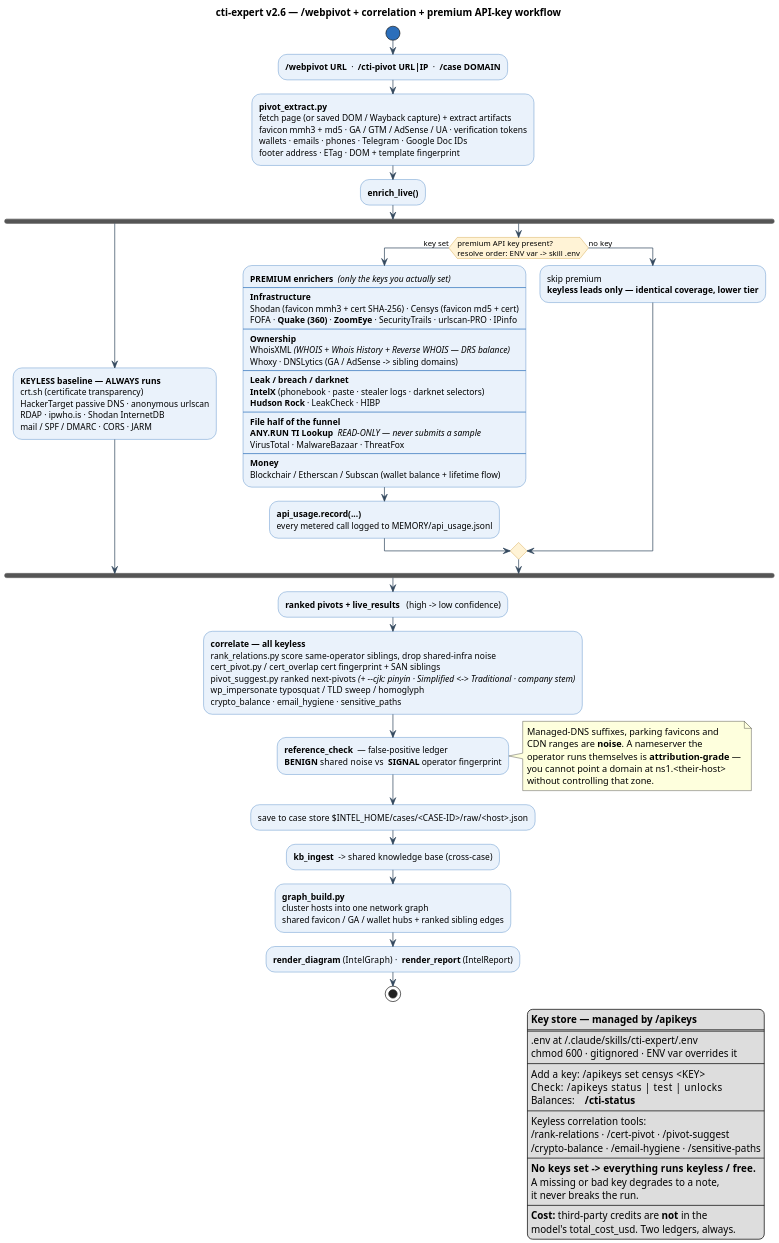
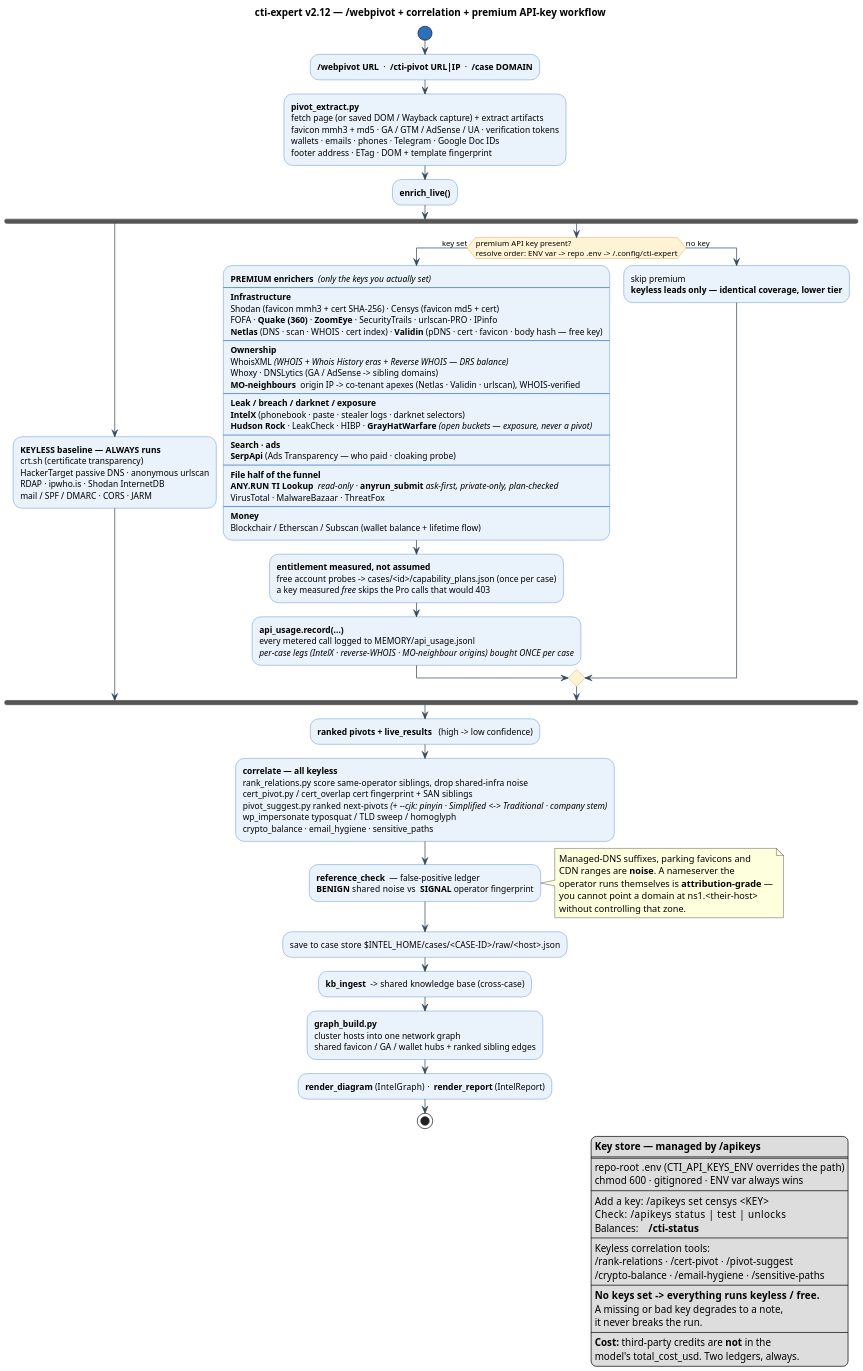
One commit to 7onez/cti-expert changed the diagram in workflow-apikeys.puml. Above: the diagram before and after it, drawn with PlantUML. The commit also changed 63 other files, not shown here.

First line of the commit message:
feat(cti): ChongLuaDao layer, subdomain enumeration, and a 30-min per-call timeout ceiling

```diff
--- a/workflow-apikeys.puml
+++ b/workflow-apikeys.puml
@@ -1,96 +1,102 @@
 @startuml
-title cti-expert v2.6 — /webpivot + correlation + premium API-key workflow
+title cti-expert v2.12 — /webpivot + correlation + premium API-key workflow
 skinparam shadowing false
 skinparam dpi 150
 skinparam defaultFontName "Segoe UI"
 skinparam ArrowColor #34495E
 skinparam activity {
   BackgroundColor #EAF2FB
   BorderColor #2C6FBB
   DiamondBackgroundColor #FFF3D6
   DiamondBorderColor #C8901F
   StartColor #2C6FBB
   EndColor #2C6FBB
 }
 
 start
 :**/webpivot URL**  ·  **/cti-pivot URL|IP**  ·  **/case DOMAIN**;
 :**pivot_extract.py**\nfetch page (or saved DOM / Wayback capture) + extract artifacts\nfavicon mmh3 + md5 · GA / GTM / AdSense / UA · verification tokens\nwallets · emails · phones · Telegram · Google Doc IDs\nfooter address · ETag · DOM + template fingerprint;
 :**enrich_live()**;
 
 fork
   :**KEYLESS baseline — ALWAYS runs**\ncrt.sh (certificate transparency)\nHackerTarget passive DNS · anonymous urlscan\nRDAP · ipwho.is · Shodan InternetDB\nmail / SPF / DMARC · CORS · JARM;
 fork again
-  if (premium API key present?\nresolve order: ENV var -> skill .env) then (key set)
+  if (premium API key present?\nresolve order: ENV var -> repo .env -> ~/.config/cti-expert) then (key set)
     :**PREMIUM enrichers**  //(only the keys you actually set)//
     ----
     **Infrastructure**
     Shodan (favicon mmh3 + cert SHA-256) · Censys (favicon md5 + cert)
     FOFA · **Quake (360)** · **ZoomEye** · SecurityTrails · urlscan-PRO · IPinfo
+    **Netlas** (DNS · scan · WHOIS · cert index) · **Validin** (pDNS · cert · favicon · body hash — free key)
     ----
     **Ownership**
-    WhoisXML //(WHOIS + Whois History + Reverse WHOIS — DRS balance)//
+    WhoisXML //(WHOIS + Whois History eras + Reverse WHOIS — DRS balance)//
     Whoxy · DNSLytics (GA / AdSense -> sibling domains)
+    **MO-neighbours**  origin IP -> co-tenant apexes (Netlas · Validin · urlscan), WHOIS-verified
     ----
-    **Leak / breach / darknet**
+    **Leak / breach / darknet / exposure**
     **IntelX** (phonebook · paste · stealer logs · darknet selectors)
-    **Hudson Rock** · LeakCheck · HIBP
+    **Hudson Rock** · LeakCheck · HIBP · **GrayHatWarfare** //(open buckets — exposure, never a pivot)//
+    ----
+    **Search · ads**
+    **SerpApi** (Ads Transparency — who paid · cloaking probe)
     ----
     **File half of the funnel**
-    **ANY.RUN TI Lookup**  //READ-ONLY — never submits a sample//
+    **ANY.RUN TI Lookup**  //read-only// · **anyrun_submit** //ask-first, private-only, plan-checked//
     VirusTotal · MalwareBazaar · ThreatFox
     ----
     **Money**
     Blockchair / Etherscan / Subscan (wallet balance + lifetime flow);
-    :**api_usage.record(...)**\nevery metered call logged to MEMORY/api_usage.jsonl;
+    :**entitlement measured, not assumed**\nfree account probes -> cases/<id>/capability_plans.json (once per case)\na key measured //free// skips the Pro calls that would 403;
+    :**api_usage.record(...)**\nevery metered call logged to MEMORY/api_usage.jsonl\n//per-case legs (IntelX · reverse-WHOIS · MO-neighbour origins) bought ONCE per case//;
   else (no key)
     :skip premium\n**keyless leads only — identical coverage, lower tier**;
   endif
 end fork
 
 :**ranked pivots + live_results**   (high -> low confidence);
 
 :**correlate — all keyless**
 rank_relations.py  score same-operator siblings, drop shared-infra noise
 cert_pivot.py / cert_overlap  cert fingerprint + SAN siblings
 pivot_suggest.py  ranked next-pivots //(+ ~--cjk: pinyin · Simplified <-> Traditional · company stem)//
 wp_impersonate  typosquat / TLD sweep / homoglyph
 crypto_balance · email_hygiene · sensitive_paths;
 
 :**reference_check**  — false-positive ledger\n**BENIGN** shared noise  vs  **SIGNAL** operator fingerprint;
 note right
   Managed-DNS suffixes, parking favicons and
   CDN ranges are **noise**. A nameserver the
   operator runs themselves is **attribution-grade** —
   you cannot point a domain at ns1.<their-host>
   without controlling that zone.
 end note
 
 :save to case store   $INTEL_HOME/cases/<CASE-ID>/raw/<host>.json;
 :**kb_ingest**  ->  shared knowledge base (cross-case);
 :**graph_build.py**\ncluster hosts into one network graph\nshared favicon / GA / wallet hubs + ranked sibling edges;
 :**render_diagram** (IntelGraph)  ·  **render_report** (IntelReport);
 stop
 
 legend right
   **Key store — managed by /apikeys**
   ====
-  .env at ~/.claude/skills/cti-expert/.env
-  chmod 600 · gitignored · ENV var overrides it
+  repo-root .env  (CTI_API_KEYS_ENV overrides the path)
+  chmod 600 · gitignored · ENV var always wins
   ----
   Add a key:   /apikeys set censys <KEY>
   Check:       /apikeys status | test | unlocks
   Balances:    **/cti-status**
   ----
   Keyless correlation tools:
   /rank-relations · /cert-pivot · /pivot-suggest
   /crypto-balance · /email-hygiene · /sensitive-paths
   ----
   **No keys set  ->  everything runs keyless / free.**
   A missing or bad key degrades to a note,
   it never breaks the run.
   ----
   **Cost:** third-party credits are **not** in the
   model's total_cost_usd. Two ledgers, always.
 endlegend
 @enduml
```
